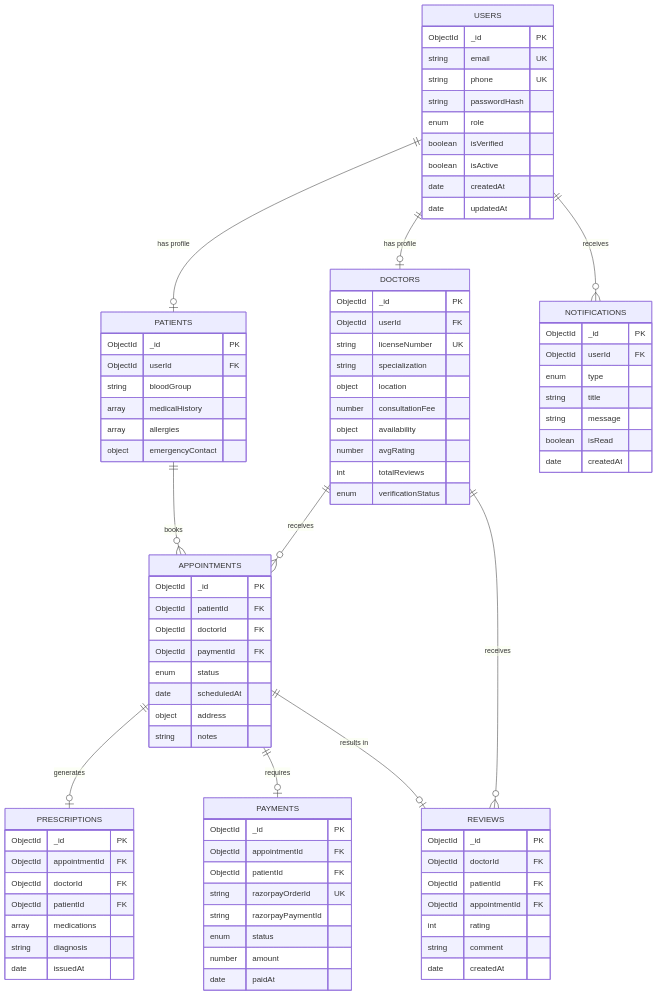
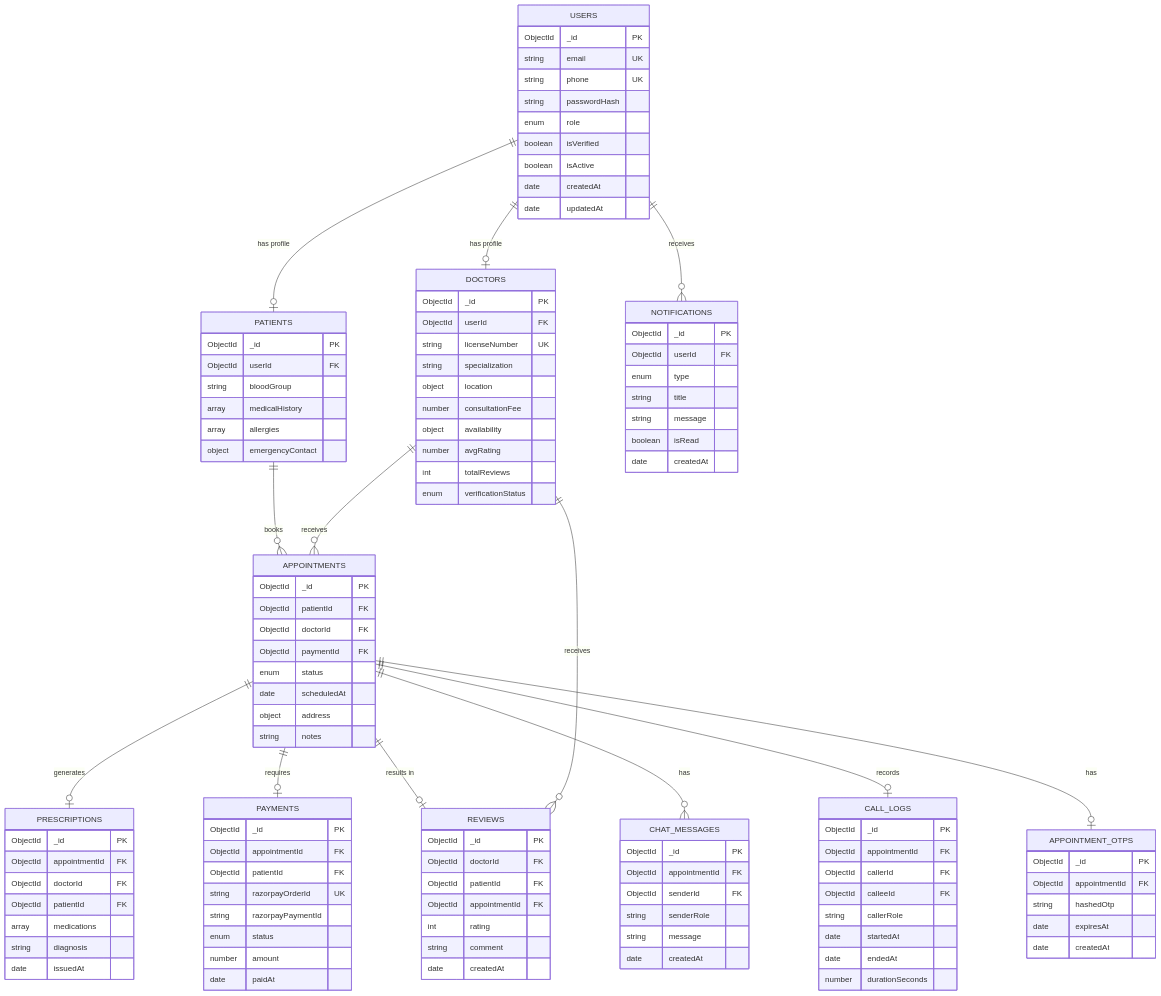
Before and after one commit to Vansh-Vaishnani/DocDock: the diagram in Documents/Database_Design.md, drawn with Mermaid. The commit also changed other lines of this file and 16 other files, not shown here.

Commit message:
feat: initialize project documentation including system architecture, design specifications, and development roadmap

````diff
--- a/Documents/Database_Design.md
+++ b/Documents/Database_Design.md
@@ -150,6 +153,34 @@
         date createdAt
     }
 
+    CHAT_MESSAGES {
+        ObjectId _id PK
+        ObjectId appointmentId FK
+        ObjectId senderId FK
+        string senderRole
+        string message
+        date createdAt
+    }
+
+    CALL_LOGS {
+        ObjectId _id PK
+        ObjectId appointmentId FK
+        ObjectId callerId FK
+        ObjectId calleeId FK
+        string callerRole
+        date startedAt
+        date endedAt
+        number durationSeconds
+    }
+
+    APPOINTMENT_OTPS {
+        ObjectId _id PK
+        ObjectId appointmentId FK
+        string hashedOtp
+        date expiresAt
+        date createdAt
+    }
+
     USERS ||--o| DOCTORS : "has profile"
     USERS ||--o| PATIENTS : "has profile"
     PATIENTS ||--o{ APPOINTMENTS : "books"
@@ -157,6 +188,9 @@
     APPOINTMENTS ||--o| PRESCRIPTIONS : "generates"
     APPOINTMENTS ||--o| PAYMENTS : "requires"
     APPOINTMENTS ||--o| REVIEWS : "results in"
+    APPOINTMENTS ||--o{ CHAT_MESSAGES : "has"
+    APPOINTMENTS ||--o| CALL_LOGS : "records"
+    APPOINTMENTS ||--o| APPOINTMENT_OTPS : "has"
     DOCTORS ||--o{ REVIEWS : "receives"
     USERS ||--o{ NOTIFICATIONS : "receives"
 ```
````
